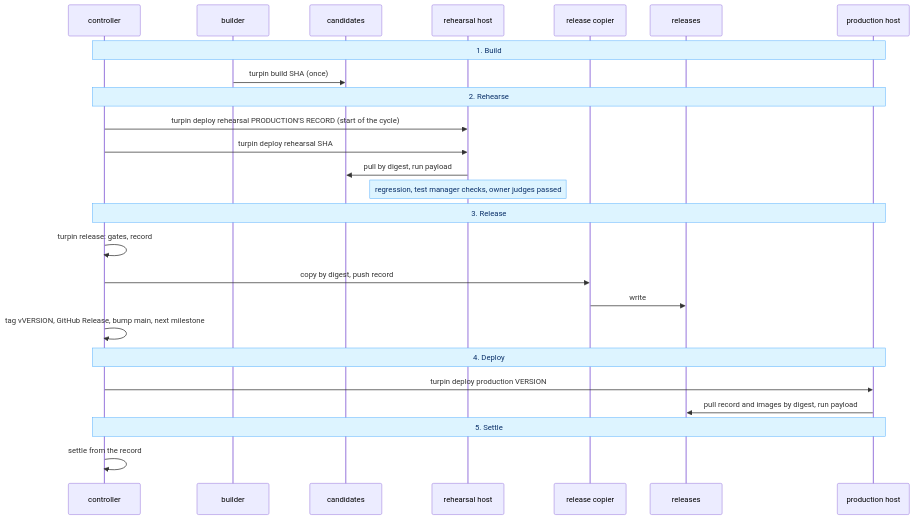
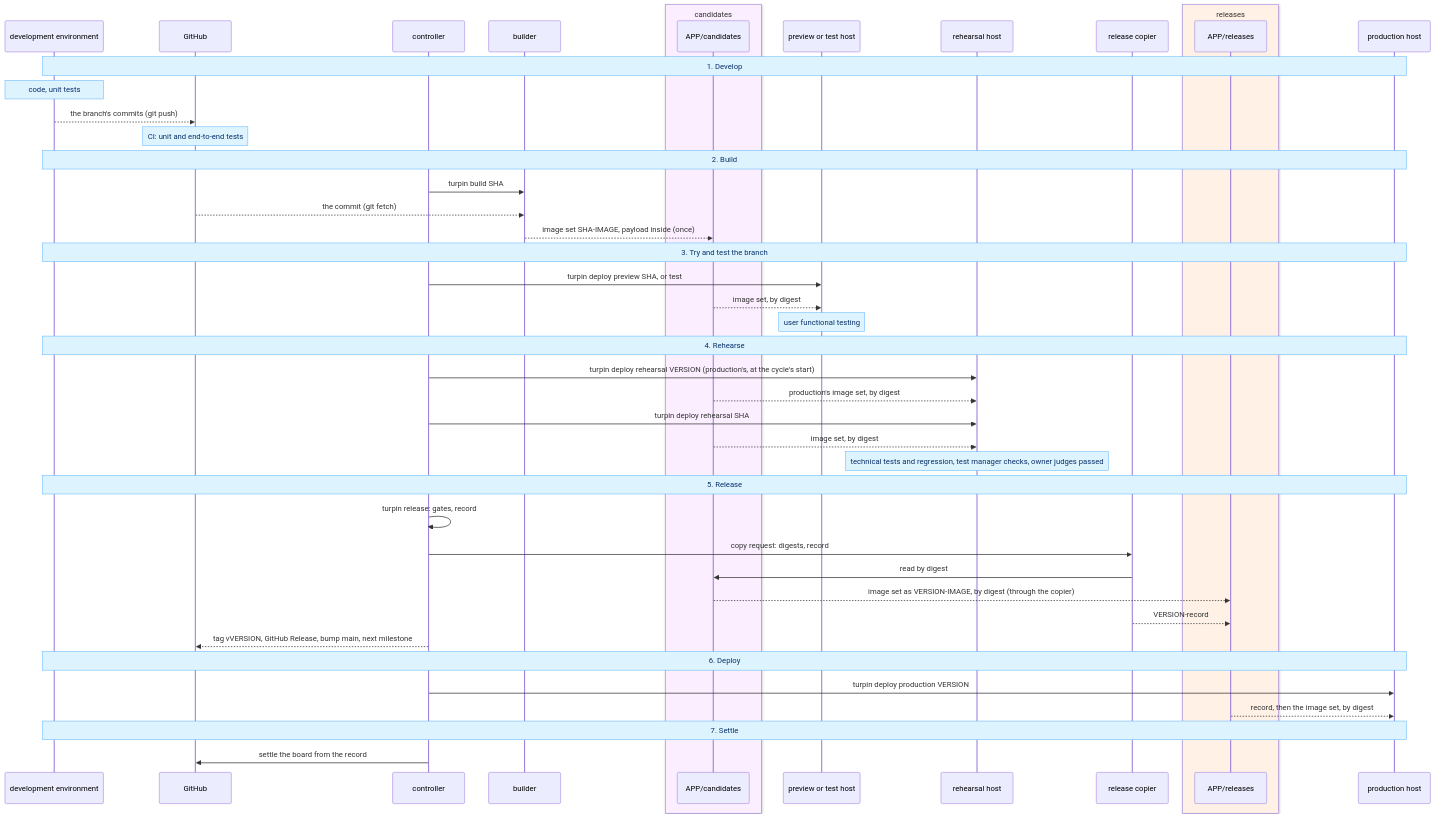
Before and after one commit to delphside/programme: the third of 8 diagrams in records/2.5-changes/programme-tooling/117-generic-deliver-tool/design.md, drawn with Mermaid. The commit also changed other lines of this file, not shown here.

Commit message:
Change 117: Stages diagram shows development, testing and data flows
Seven stages now: develop, build, try and test, rehearse, release,
deploy, settle. Solid arrows are requests, dashed arrows are data, and
the two registry repositories are shaded, so no image is drawn passing
through the controller.

Refs #117

Claude-Session: https://claude.ai/code/session_014C8pM72TmZwJEuKhePejaa

````diff
--- a/records/2.5-changes/programme-tooling/117-generic-deliver-tool/design.md
+++ b/records/2.5-changes/programme-tooling/117-generic-deliver-tool/design.md
@@ -241,28 +245,48 @@
 ```mermaid
 %%{init: {"themeVariables": {"noteBkgColor": "#ddf4ff", "noteBorderColor": "#54aeff", "noteTextColor": "#0a3069"}}}%%
 sequenceDiagram
+  participant DEV as development environment
+  participant GH as GitHub
   participant CN as controller
   participant BE as builder
-  participant C as candidates
+  box rgb(251,239,255) candidates
+    participant C as APP/candidates
+  end
+  participant PV as preview or test host
   participant H as rehearsal host
   participant RC as release copier
-  participant R as releases
+  box rgb(255,241,229) releases
+    participant R as APP/releases
+  end
   participant P as production host
-  Note over CN,P: 1. Build
-  BE->>C: turpin build SHA (once)
-  Note over CN,P: 2. Rehearse
-  CN->>H: turpin deploy rehearsal PRODUCTION'S RECORD (start of the cycle)
+  Note over DEV,P: 1. Develop
+  Note over DEV: code, unit tests
+  DEV-->>GH: the branch's commits (git push)
+  Note over GH: CI: unit and end-to-end tests
+  Note over DEV,P: 2. Build
+  CN->>BE: turpin build SHA
+  GH-->>BE: the commit (git fetch)
+  BE-->>C: image set SHA-IMAGE, payload inside (once)
+  Note over DEV,P: 3. Try and test the branch
+  CN->>PV: turpin deploy preview SHA, or test
+  C-->>PV: image set, by digest
+  Note over PV: user functional testing
+  Note over DEV,P: 4. Rehearse
+  CN->>H: turpin deploy rehearsal VERSION (production's, at the cycle's start)
+  C-->>H: production's image set, by digest
   CN->>H: turpin deploy rehearsal SHA
-  H->>C: pull by digest, run payload
-  Note over H: regression, test manager checks, owner judges passed
-  Note over CN,P: 3. Release
+  C-->>H: image set, by digest
+  Note over H: technical tests and regression, test manager checks, owner judges passed
+  Note over DEV,P: 5. Release
   CN->>CN: turpin release: gates, record
-  CN->>RC: copy by digest, push record
-  RC->>R: write
-  CN->>CN: tag vVERSION, GitHub Release, bump main, next milestone
-  Note over CN,P: 4. Deploy
+  CN->>RC: copy request: digests, record
+  RC->>C: read by digest
+  C-->>R: image set as VERSION-IMAGE, by digest (through the copier)
+  RC-->>R: VERSION-record
+  CN-->>GH: tag vVERSION, GitHub Release, bump main, next milestone
+  Note over DEV,P: 6. Deploy
   CN->>P: turpin deploy production VERSION
-  P->>R: pull record and images by digest, run payload
-  Note over CN,P: 5. Settle
-  CN->>CN: settle from the record
+  R-->>P: record, then the image set, by digest
+  Note over DEV,P: 7. Settle
+  CN->>GH: settle the board from the record
 ```
````
